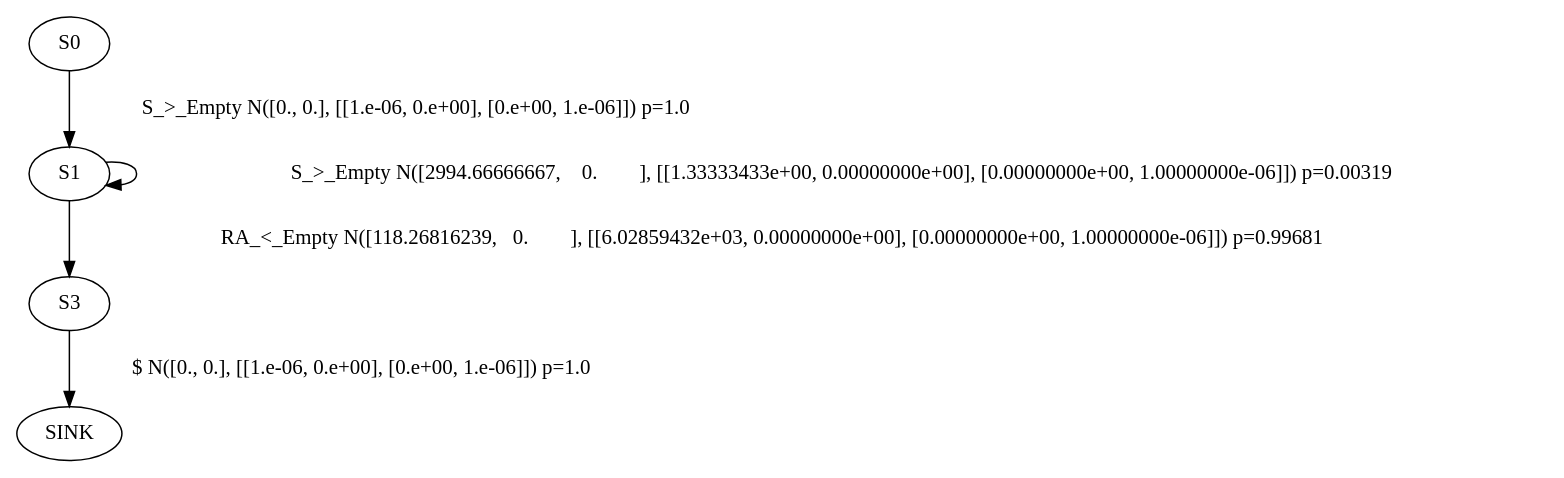
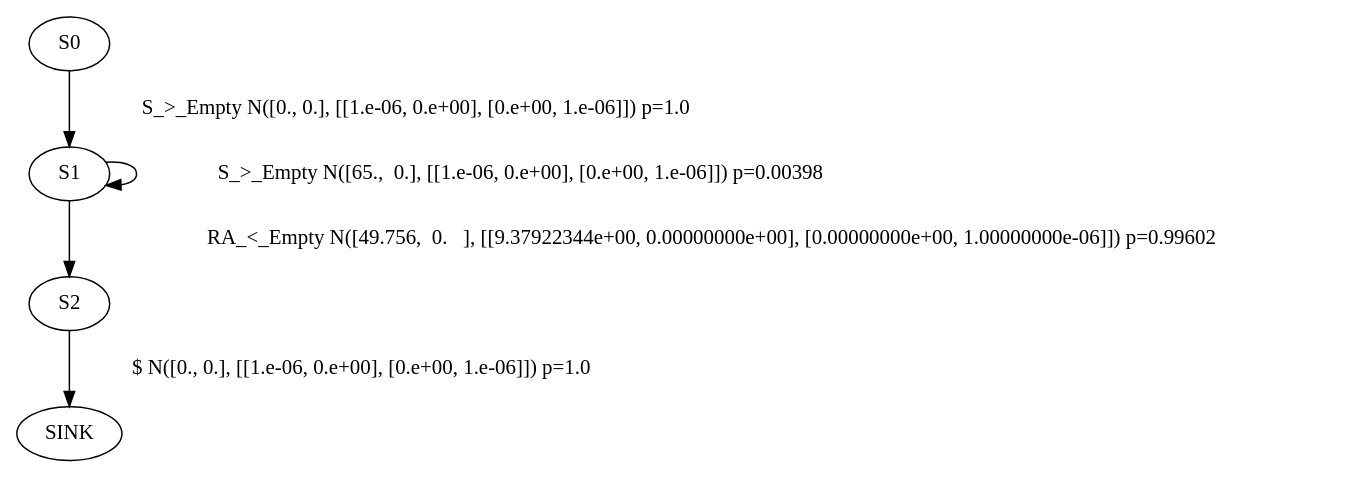
The diagram in crates/fosr-lib/default_models/cicids17/automata/ssl-REJ.dot (Fos-R/Fos-R), drawn with Graphviz before and after one commit. The commit also changed 186 other files, not shown here.

```diff
--- a/crates/fosr-lib/default_models/cicids17/automata/ssl-REJ.dot
+++ b/crates/fosr-lib/default_models/cicids17/automata/ssl-REJ.dot
@@ -1,6 +1,6 @@
 digraph G {
 S0 -> S1 [label="S_>_Empty N([0., 0.], [[1.e-06, 0.e+00], [0.e+00, 1.e-06]]) p=1.0"]
-S1 -> S1 [label="S_>_Empty N([2994.66666667,    0.        ], [[1.33333433e+00, 0.00000000e+00], [0.00000000e+00, 1.00000000e-06]]) p=0.00319"]
-S1 -> S3 [label="RA_<_Empty N([118.26816239,   0.        ], [[6.02859432e+03, 0.00000000e+00], [0.00000000e+00, 1.00000000e-06]]) p=0.99681"]
-S3 -> SINK [label="$ N([0., 0.], [[1.e-06, 0.e+00], [0.e+00, 1.e-06]]) p=1.0"]
+S1 -> S2 [label="RA_<_Empty N([49.756,  0.   ], [[9.37922344e+00, 0.00000000e+00], [0.00000000e+00, 1.00000000e-06]]) p=0.99602"]
+S1 -> S1 [label="S_>_Empty N([65.,  0.], [[1.e-06, 0.e+00], [0.e+00, 1.e-06]]) p=0.00398"]
+S2 -> SINK [label="$ N([0., 0.], [[1.e-06, 0.e+00], [0.e+00, 1.e-06]]) p=1.0"]
 }
```
